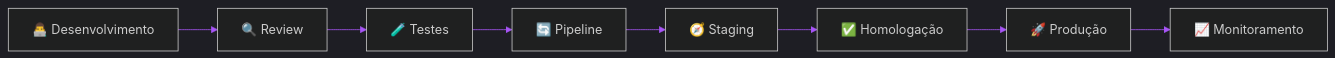
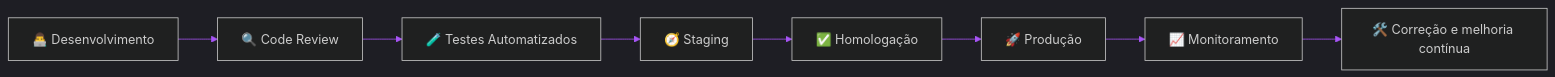
Before and after one commit to matheusdiamantino-betalent/questions-ai: the seventh of 8 diagrams in test.md, drawn with Mermaid. The commit also changed other lines of this file, not shown here.

````diff
--- a/test.md
+++ b/test.md
@@ -434,19 +619,19 @@
 ```mermaid
 %%{init: {
 'theme':'dark',
 'themeVariables':{
-'background':'#050816',
-'primaryColor':'#06EFFF',
+'background':'#040814',
+'primaryColor':'#22D3EE',
 'primaryTextColor':'#F8FAFC',
-'primaryBorderColor':'#22C55E',
+'primaryBorderColor':'#39FF14',
 'lineColor':'#A855F7'
 }}}%%
 flowchart LR
-A[👨‍💻 Desenvolvimento] --> B[🔍 Review]
-B --> C[🧪 Testes]
-C --> D[🔄 Pipeline]
-D --> E[🧭 Staging]
-E --> F[✅ Homologação]
-F --> G[🚀 Produção]
-G --> H[📈 Monitoramento]
+A[👨‍💻 Desenvolvimento] --> B[🔍 Code Review]
+B --> C[🧪 Testes Automatizados]
+C --> D[🧭 Staging]
+D --> E[✅ Homologação]
+E --> F[🚀 Produção]
+F --> G[📈 Monitoramento]
+G --> H[🛠️ Correção e melhoria contínua]
 ```
````
